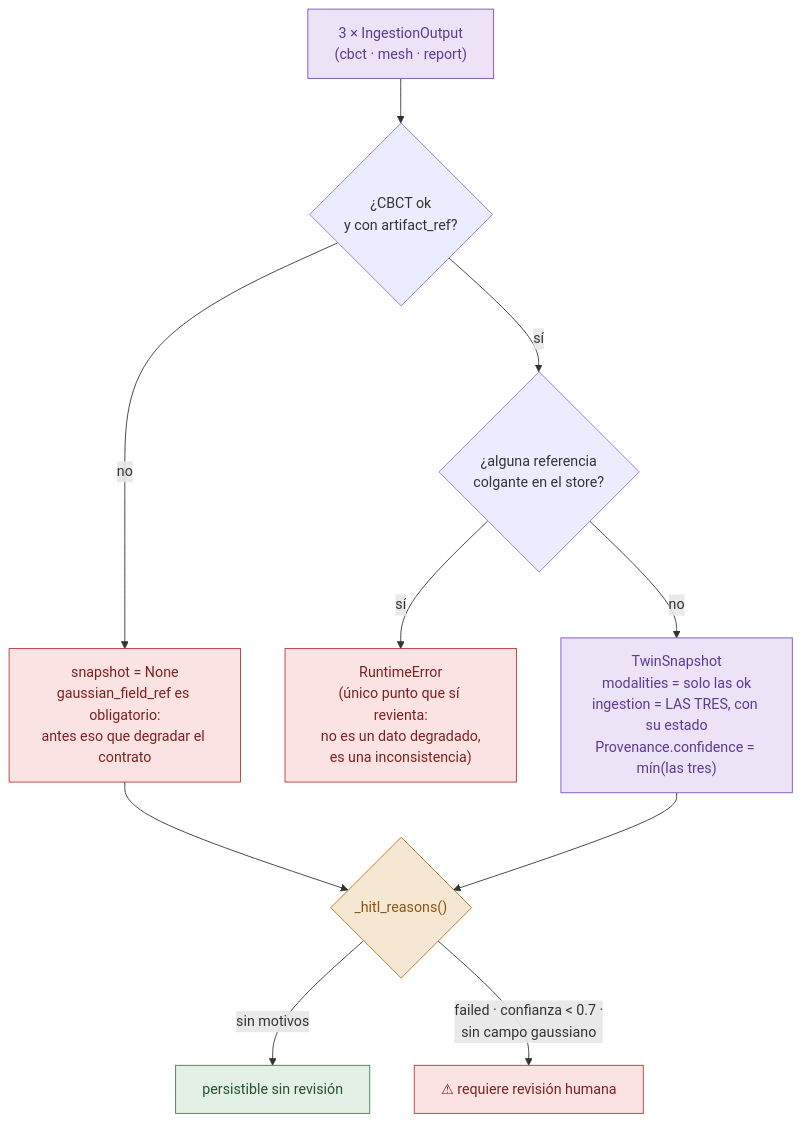
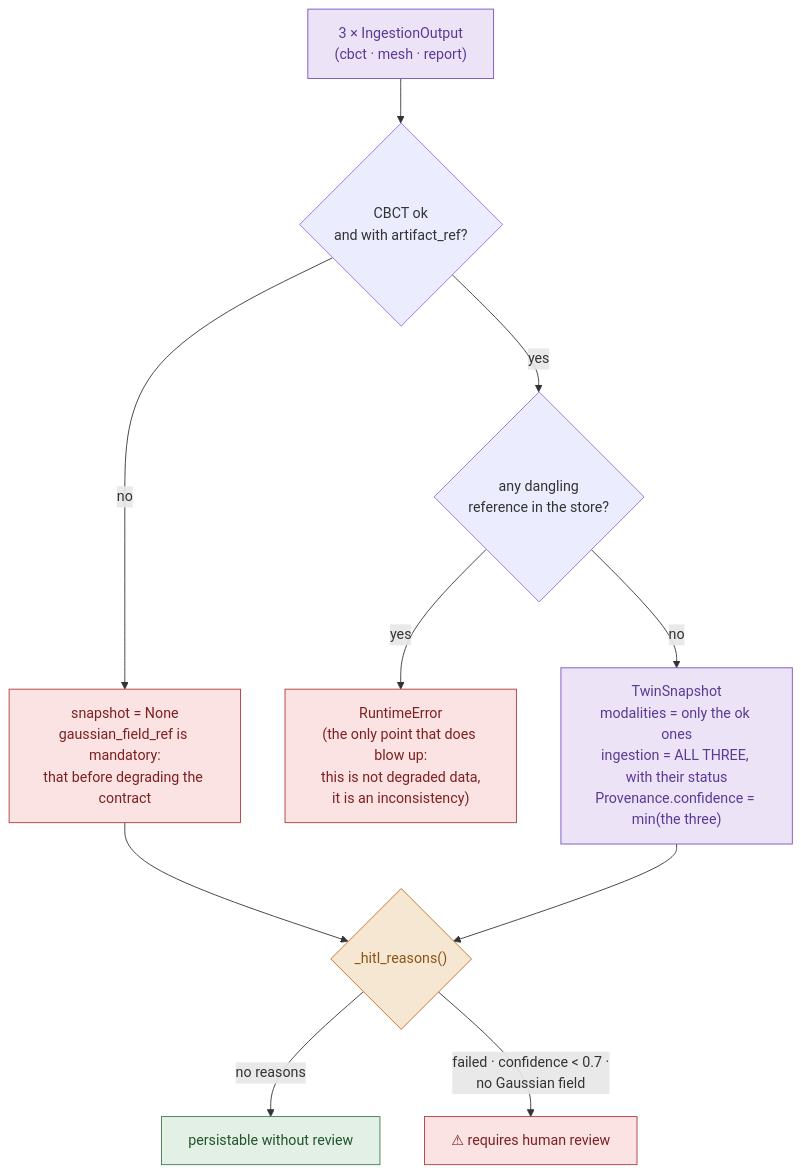
The fourth of 4 diagrams in packages/ingestion-agents/README.md (ANFAIA/Agentic-Smart-Health), drawn with Mermaid before and after one commit. The commit also changed other lines of this file and 3 other files, not shown here.

````diff
--- a/packages/ingestion-agents/README.md
+++ b/packages/ingestion-agents/README.md
@@ -179,22 +180,22 @@
 ```mermaid
 flowchart TB
-  OUTS["3 × IngestionOutput<br/>(cbct · mesh · report)"] --> Q1{"¿CBCT ok<br/>y con artifact_ref?"}
-  Q1 -->|"no"| NIL["snapshot = None<br/>gaussian_field_ref es obligatorio:<br/>antes eso que degradar el contrato"]
-  Q1 -->|"sí"| Q2{"¿alguna referencia<br/>colgante en el store?"}
-  Q2 -->|"sí"| ERR["RuntimeError<br/>(único punto que sí revienta:<br/>no es un dato degradado,<br/>es una inconsistencia)"]
-  Q2 -->|"no"| SNAP["TwinSnapshot<br/>modalities = solo las ok<br/>ingestion = LAS TRES, con su estado<br/>Provenance.confidence = mín(las tres)"]
+  OUTS["3 × IngestionOutput<br/>(cbct · mesh · report)"] --> Q1{"CBCT ok<br/>and with artifact_ref?"}
+  Q1 -->|"no"| NIL["snapshot = None<br/>gaussian_field_ref is mandatory:<br/>that before degrading the contract"]
+  Q1 -->|"yes"| Q2{"any dangling<br/>reference in the store?"}
+  Q2 -->|"yes"| ERR["RuntimeError<br/>(the only point that does blow up:<br/>this is not degraded data,<br/>it is an inconsistency)"]
+  Q2 -->|"no"| SNAP["TwinSnapshot<br/>modalities = only the ok ones<br/>ingestion = ALL THREE, with their status<br/>Provenance.confidence = min(the three)"]
 
   NIL --> GATE
   SNAP --> GATE{"_hitl_reasons()"}
-  GATE -->|"sin motivos"| GO["persistible sin revisión"]
-  GATE -->|"failed · confianza &lt; 0.7 ·<br/>sin campo gaussiano"| STOP["⚠ requiere revisión humana"]
+  GATE -->|"no reasons"| GO["persistable without review"]
+  GATE -->|"failed · confidence &lt; 0.7 ·<br/>no Gaussian field"| STOP["⚠ requires human review"]
 
   classDef proc fill:#f6e7d3,stroke:#b5701d,color:#8a5416;
   classDef bad fill:#fbe3e3,stroke:#b03a3a,color:#7d2020;
   classDef good fill:#e3f0e5,stroke:#3f7d4c,color:#22532c;
   classDef out fill:#ece3f7,stroke:#7b4fc0,color:#5b3a94;
   class OUTS,SNAP out;
   class NIL,ERR,STOP bad;
   class GO good;
   class GATE proc;
 ```
````
